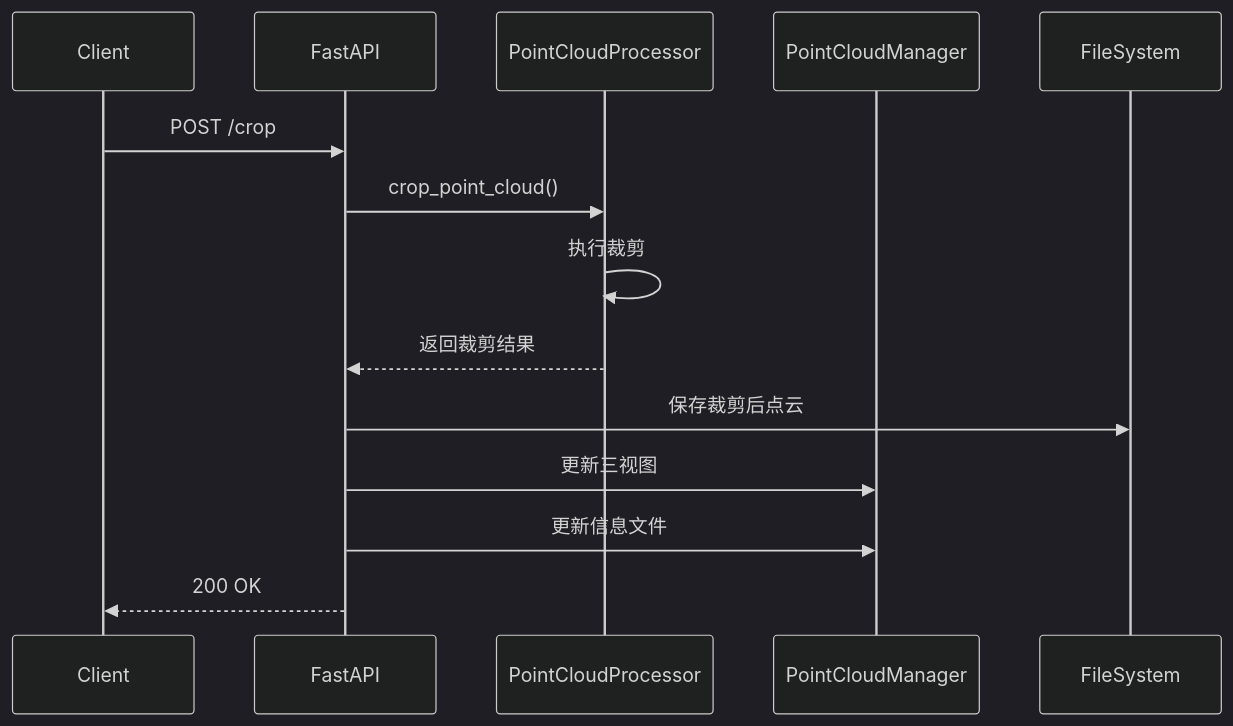
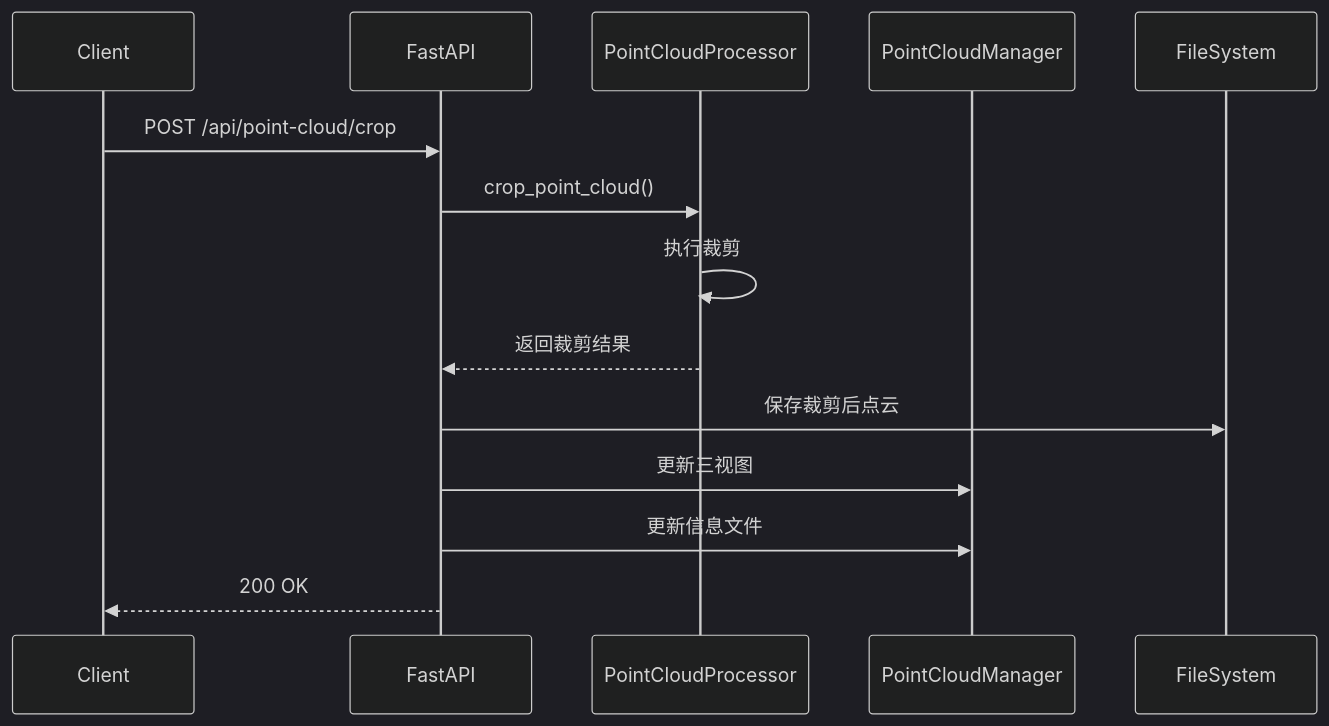
One commit to soul667/ArcWorkpiece-Measurement-System changed the second of 4 diagrams in docs/backend_sequence.md. Above: the diagram before and after it, drawn with Mermaid (dark theme). The commit also changed 49 other files, not shown here.

````diff
--- a/docs/backend_sequence.md
+++ b/docs/backend_sequence.md
@@ -23,17 +23,17 @@
 ```mermaid
 sequenceDiagram
     participant Client
     participant FastAPI
     participant PointCloudProcessor
     participant PointCloudManager
     participant FileSystem
     
-    Client->>FastAPI: POST /crop
+    Client->>FastAPI: POST /api/point-cloud/crop
     FastAPI->>PointCloudProcessor: crop_point_cloud()
     PointCloudProcessor->>PointCloudProcessor: 执行裁剪
     PointCloudProcessor-->>FastAPI: 返回裁剪结果
     FastAPI->>FileSystem: 保存裁剪后点云
     FastAPI->>PointCloudManager: 更新三视图
     FastAPI->>PointCloudManager: 更新信息文件
     FastAPI-->>Client: 200 OK
 ```
````
